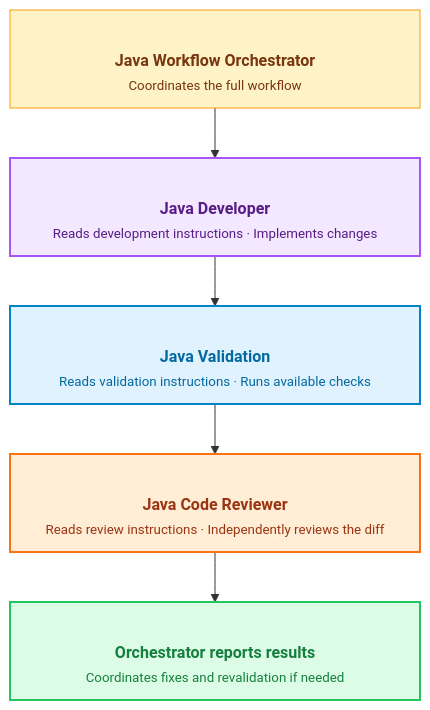
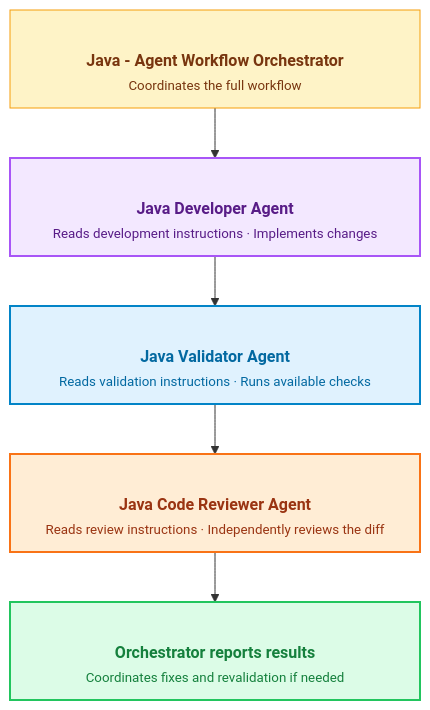
The first of 2 diagrams in README.md (rameshsvg/java_8_features), drawn with Mermaid before and after one commit. The commit also changed other lines of this file, not shown here.

Commit message:
Workflow md file commit

````diff
--- a/README.md
+++ b/README.md
@@ -23,26 +23,30 @@
 ```mermaid
 flowchart TD
-    Orchestrator["<div style='min-width:350px; height:20px;'><b>Java Workflow Orchestrator</b><br/><small>Coordinates the full workflow</small>"]
-    Developer["<div style='min-width:350px; height:20px;'><b>Java Developer</b><br/><small>Reads development instructions · Implements changes</small>"]
-    Validation["<div style='min-width:350px; height:20px;'><b>Java Validation</b><br/><small>Reads validation instructions · Runs available checks</small>"]
-    Reviewer["<div style='min-width:350px; height:20px;'><b>Java Code Reviewer</b><br/><small>Reads review instructions · Independently reviews the diff</small>"]
+    Orchestrator["<div style='min-width:350px; height:20px;'><b>Java - Agent Workflow Orchestrator</b><br/><small>Coordinates the full workflow</small>"]
+    
+    Developer["<div style='min-width:350px; height:20px;'><b>Java Developer Agent</b><br/><small>Reads development instructions · Implements changes</small>"]
+    
+    Validation["<div style='min-width:350px; height:20px;'><b>Java Validator Agent</b><br/><small>Reads validation instructions · Runs available checks</small>"]
+    
+    Reviewer["<div style='min-width:350px; height:20px;'><b>Java Code Reviewer Agent</b><br/><small>Reads review instructions · Independently reviews the diff</small>"]
+    
     Reporter["<div style='min-width:350px; height:20px;'><b>Orchestrator reports results</b><br/><small>Coordinates fixes and revalidation if needed</small>"]
 
     Orchestrator --> Developer
     Developer --> Validation
     Validation --> Reviewer
     Reviewer --> Reporter
 
     %% Custom Styles & Wide Padding
     classDef orchestratorStyle fill:#fef3c7,stroke:#f59e0b,stroke-width:1px,color:#78350f,padding:10px;
     classDef developerStyle fill:#f3e8ff,stroke:#a855f7,stroke-width:2px,color:#581c87,padding:10px;
     classDef validationStyle fill:#e0f2fe,stroke:#0284c7,stroke-width:2px,color:#0369a1,padding:10px;
     classDef reviewerStyle fill:#ffedd5,stroke:#f97316,stroke-width:2px,color:#9a3412,padding:10px;
     classDef reporterStyle fill:#dcfce7,stroke:#22c55e,stroke-width:2px,color:#15803d,padding:10px;
 
     class Orchestrator orchestratorStyle;
     class Developer developerStyle;
     class Validation validationStyle;
     class Reviewer reviewerStyle;
     class Reporter reporterStyle;
 ```
````
